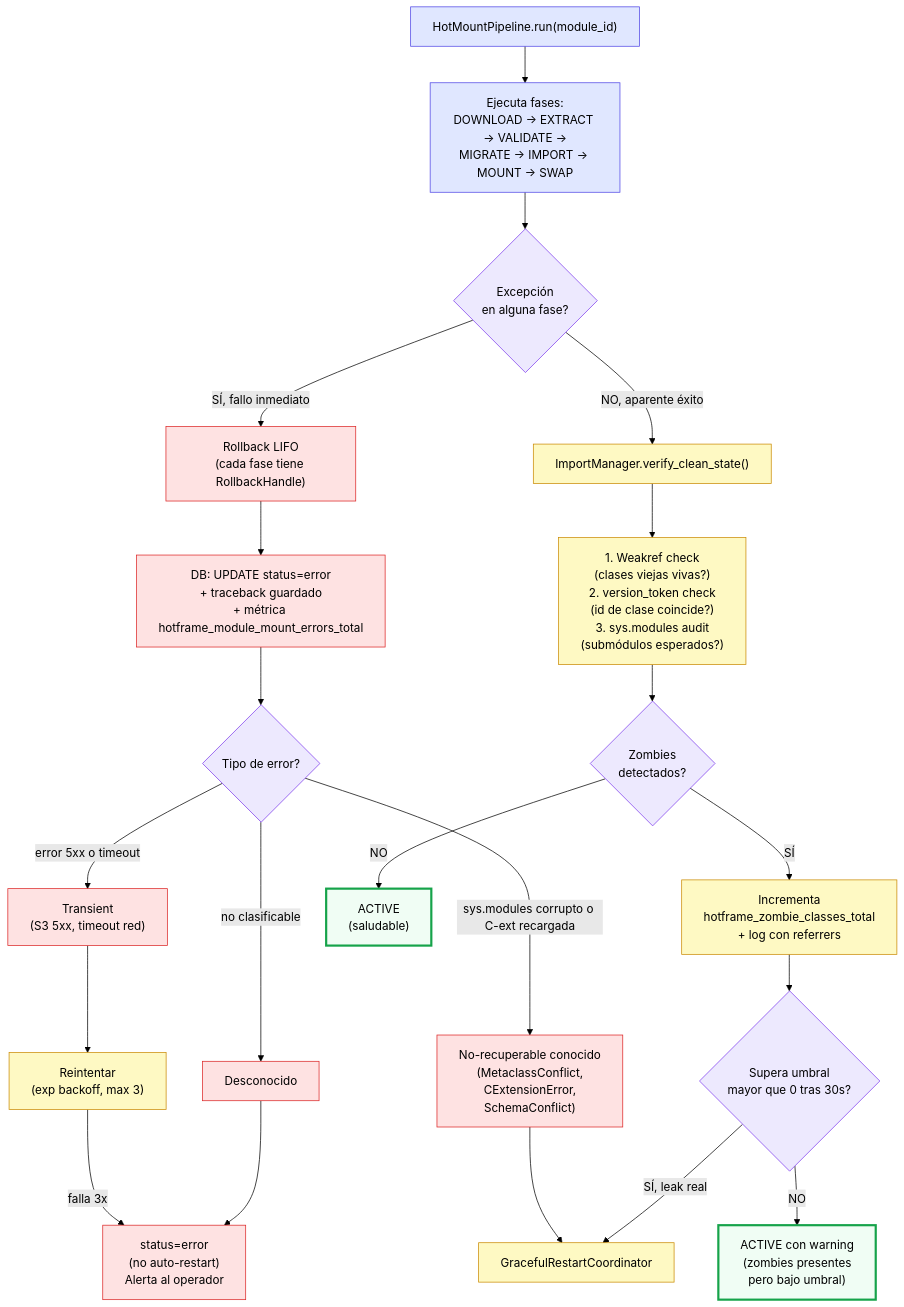
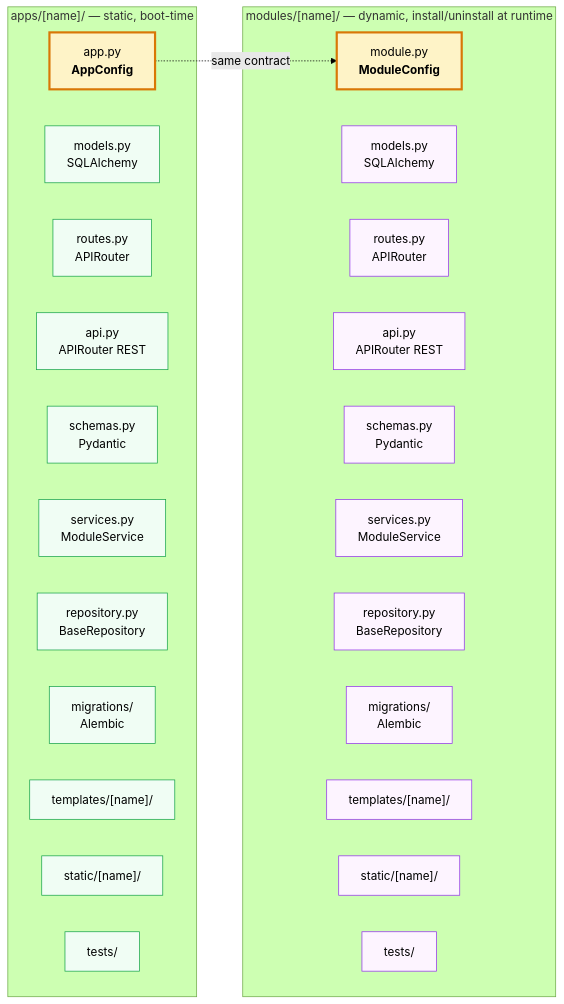
Before and after one commit to ERPlora/hotframe: the fifth of 5 diagrams in docs/ARCHITECTURE.md, drawn with Mermaid (forest theme). The commit also changed other lines of this file and 25 other files, not shown here.

````diff
--- a/docs/ARCHITECTURE.md
+++ b/docs/ARCHITECTURE.md
@@ -540,64 +500,40 @@
 ```mermaid
-flowchart TB
-    RUN["HotMountPipeline.run(module_id)"]
-    EXEC["Ejecuta fases:<br/>DOWNLOAD → EXTRACT → VALIDATE →<br/>MIGRATE → IMPORT → MOUNT → SWAP"]
-    CATCH{"Excepción<br/>en alguna fase?"}
+flowchart LR
+    subgraph APP["apps/[name]/ — static, boot-time"]
+        A1["app.py<br/><b>AppConfig</b>"]
+        A2["models.py<br/>SQLAlchemy"]
+        A3["routes.py<br/>APIRouter"]
+        A4["api.py<br/>APIRouter REST"]
+        A5["schemas.py<br/>Pydantic"]
+        A6["services.py<br/>ModuleService"]
+        A7["repository.py<br/>BaseRepository"]
+        A9["migrations/<br/>Alembic"]
+        A10["templates/[name]/"]
+        A11["static/[name]/"]
+        A13["tests/"]
+    end
 
-    ROLLBACK["Rollback LIFO<br/>(cada fase tiene RollbackHandle)"]
-    MARK_ERR["DB: UPDATE status=error<br/>+ traceback guardado<br/>+ métrica hotframe_module_mount_errors_total"]
-    CLASSIFY{"Tipo de error?"}
+    subgraph MOD["modules/[name]/ — dynamic, install/uninstall at runtime"]
+        M1["module.py<br/><b>ModuleConfig</b>"]
+        M2["models.py<br/>SQLAlchemy"]
+        M3["routes.py<br/>APIRouter"]
+        M4["api.py<br/>APIRouter REST"]
+        M5["schemas.py<br/>Pydantic"]
+        M6["services.py<br/>ModuleService"]
+        M7["repository.py<br/>BaseRepository"]
+        M9["migrations/<br/>Alembic"]
+        M10["templates/[name]/"]
+        M11["static/[name]/"]
+        M13["tests/"]
+    end
 
-    TRANSIENT["Transient<br/>(S3 5xx, timeout red)"]
-    KNOWN["No-recuperable conocido<br/>(MetaclassConflict,<br/>CExtensionError,<br/>SchemaConflict)"]
-    UNKNOWN["Desconocido"]
+    A1 -.->|"same contract"| M1
 
-    RETRY["Reintentar<br/>(exp backoff, max 3)"]
-    GRACEFUL["GracefulRestartCoordinator"]
-    STAY_ERR["status=error<br/>(no auto-restart)<br/>Alerta al operador"]
+    classDef app fill:#f0fdf4,stroke:#16a34a
+    classDef mod fill:#fdf4ff,stroke:#9333ea
+    classDef entry fill:#fef3c7,stroke:#d97706,stroke-width:3px
 
-    VERIFY["ImportManager.verify_clean_state()"]
-    CHECKS["1. Weakref check<br/>   (clases viejas vivas?)<br/>2. version_token check<br/>   (id de clase coincide?)<br/>3. sys.modules audit<br/>   (submódulos esperados?)"]
-    ZOMBIE{"Zombies<br/>detectados?"}
-
-    METRIC["Incrementa<br/>hotframe_zombie_classes_total<br/>+ log con referrers"]
-    THRESHOLD{"Supera umbral<br/>mayor que 0 tras 30s?"}
-
-    ACTIVE["ACTIVE<br/>(saludable)"]
-    ACTIVE_WARN["ACTIVE con warning<br/>(zombies presentes<br/>pero bajo umbral)"]
-
-    RUN --> EXEC
-    EXEC --> CATCH
-    CATCH -->|"SÍ, fallo inmediato"| ROLLBACK
-    ROLLBACK --> MARK_ERR
-    MARK_ERR --> CLASSIFY
-    CLASSIFY -->|"error 5xx o timeout"| TRANSIENT
-    CLASSIFY -->|"sys.modules corrupto o C-ext recargada"| KNOWN
-    CLASSIFY -->|"no clasificable"| UNKNOWN
-    TRANSIENT --> RETRY
-    RETRY -->|"falla 3x"| STAY_ERR
-    KNOWN --> GRACEFUL
-    UNKNOWN --> STAY_ERR
-
-    CATCH -->|"NO, aparente éxito"| VERIFY
-    VERIFY --> CHECKS
-    CHECKS --> ZOMBIE
-    ZOMBIE -->|"NO"| ACTIVE
-    ZOMBIE -->|"SÍ"| METRIC
-    METRIC --> THRESHOLD
-    THRESHOLD -->|"NO"| ACTIVE_WARN
-    THRESHOLD -->|"SÍ, leak real"| GRACEFUL
-
-    classDef run fill:#e0e7ff,stroke:#4f46e5
-    classDef exec fill:#fef3c7,stroke:#d97706
-    classDef fail fill:#fee2e2,stroke:#dc2626
-    classDef ok fill:#f0fdf4,stroke:#16a34a,stroke-width:3px
-    classDef warn fill:#fef9c3,stroke:#ca8a04
-    classDef decide fill:#ede9fe,stroke:#7c3aed
-
-    class RUN,EXEC run
-    class ROLLBACK,MARK_ERR,TRANSIENT,KNOWN,UNKNOWN,STAY_ERR fail
-    class RETRY,GRACEFUL warn
-    class VERIFY,CHECKS,METRIC warn
-    class ACTIVE,ACTIVE_WARN ok
-    class CATCH,CLASSIFY,ZOMBIE,THRESHOLD decide
+    class A2,A3,A4,A5,A6,A7,A9,A10,A11,A13 app
+    class M2,M3,M4,M5,M6,M7,M9,M10,M11,M13 mod
+    class A1,M1 entry
 ```
````
